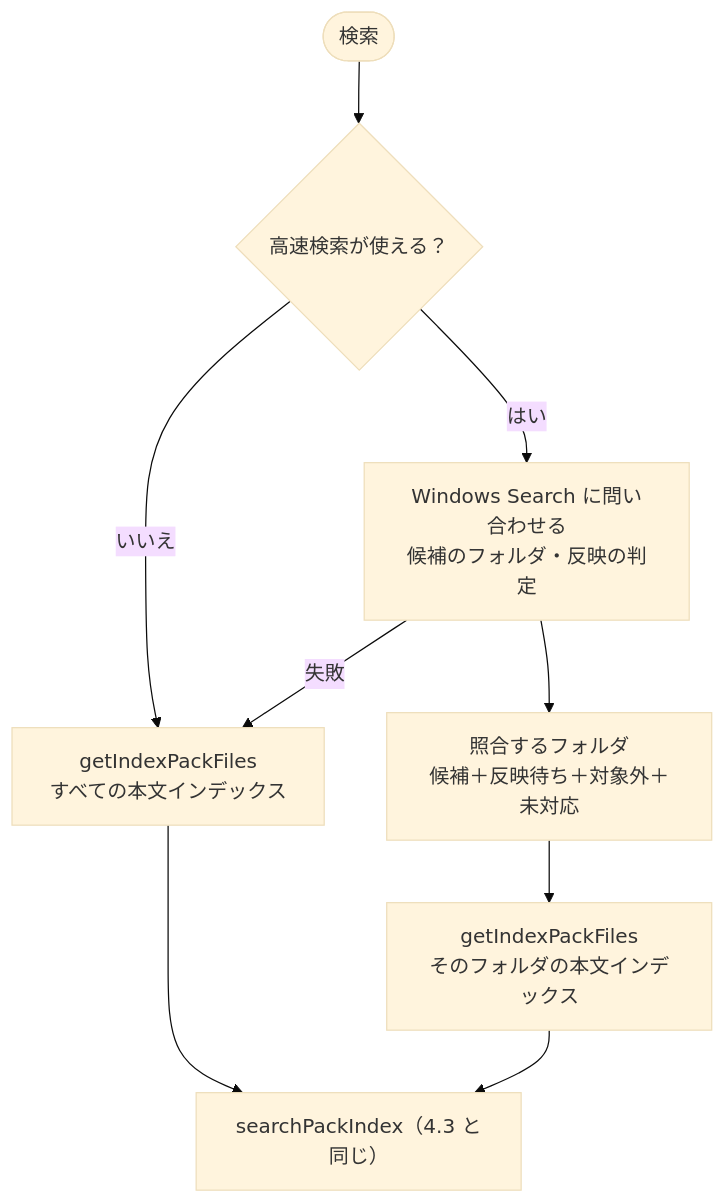
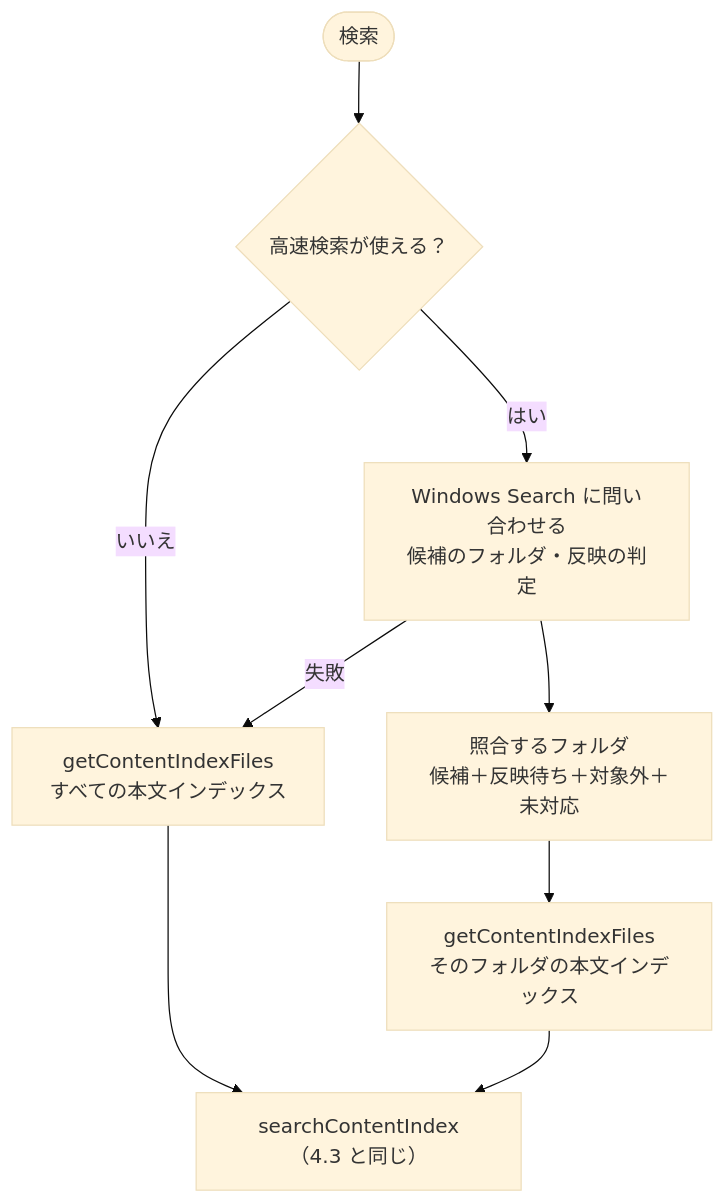
The diagram in docs/design/search/fast-search.md (hsgwa/tebunko), drawn with Mermaid (base theme) before and after one commit. The commit also changed other lines of this file and 81 other files, not shown here.

First line of the commit message:
refactor: 集約ファイル（pack）のコードの名前を本文インデックス（contentIndex）に改める (#185)

````diff
--- a/docs/design/search/fast-search.md
+++ b/docs/design/search/fast-search.md
@@ -20,11 +20,11 @@
 ```mermaid
 flowchart TD
     S(["検索"]) --> U{"高速検索が使える？"}
-    U -- いいえ --> ALL["getIndexPackFiles<br>すべての本文インデックス"]
+    U -- いいえ --> ALL["getContentIndexFiles<br>すべての本文インデックス"]
     U -- はい --> Q["Windows Search に問い合わせる<br>候補のフォルダ・反映の判定"]
     Q -- 失敗 --> ALL
     Q --> T["照合するフォルダ<br>候補＋反映待ち＋対象外＋未対応"]
-    T --> F["getIndexPackFiles<br>そのフォルダの本文インデックス"]
-    ALL --> R["searchPackIndex（4.3 と同じ）"]
+    T --> F["getContentIndexFiles<br>そのフォルダの本文インデックス"]
+    ALL --> R["searchContentIndex（4.3 と同じ）"]
     F --> R
 ```
````
